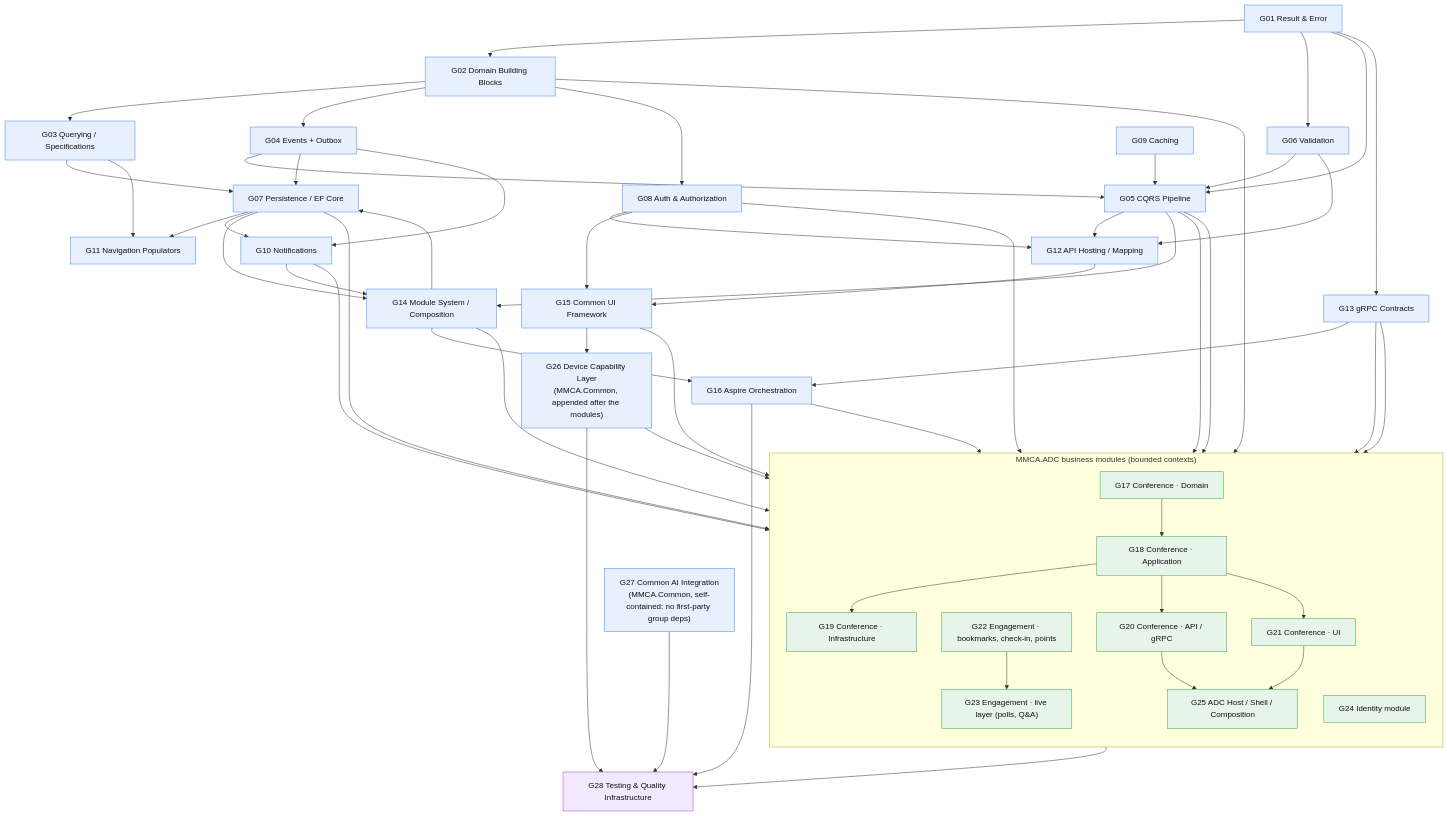
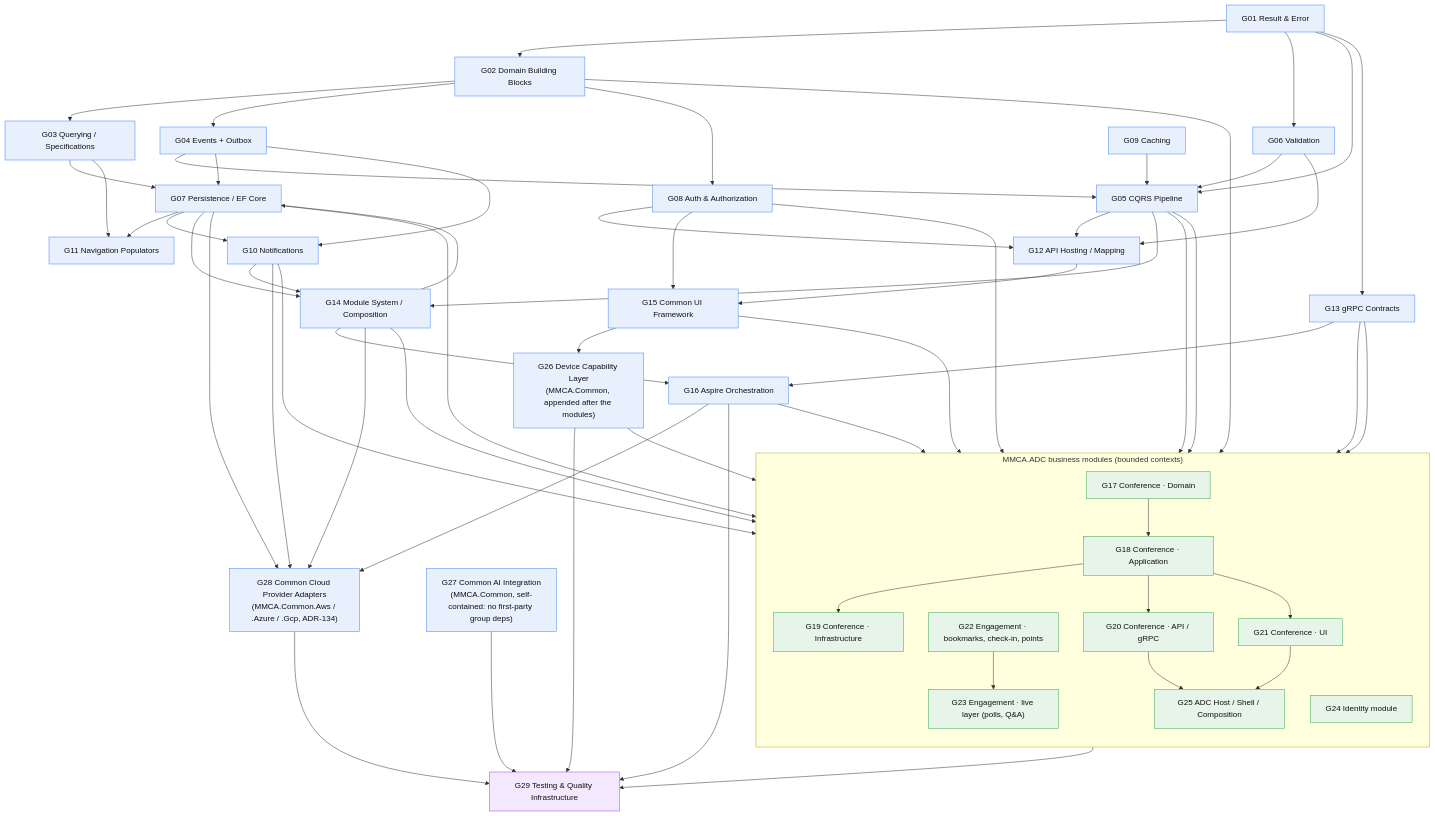
One commit to ivanball/ivanball.github.io changed the third of 15 diagrams in docs-src/onboarding/CONCEPT-MAPS.md. Above: the diagram before and after it, drawn with Mermaid. The commit also changed other lines of this file and 84 other files, not shown here.

First line of the commit message:
docs(onboarding): 2026-10-29 drift sweep + cloud provider adapters chapter (#289)

````diff
--- a/docs-src/onboarding/CONCEPT-MAPS.md
+++ b/docs-src/onboarding/CONCEPT-MAPS.md
@@ -180,7 +198,8 @@
 
     G26["G26 Device Capability Layer<br/>(MMCA.Common, appended after the modules)"]
     G27["G27 Common AI Integration<br/>(MMCA.Common, self-contained: no first-party group deps)"]
-    G28["G28 Testing &amp; Quality Infrastructure"]
+    G28["G28 Common Cloud Provider Adapters<br/>(MMCA.Common.Aws / .Azure / .Gcp, ADR-134)"]
+    G29["G29 Testing &amp; Quality Infrastructure"]
 
     %% framework backbone
     G01 --> G02 --> G03
@@ -234,16 +253,23 @@
     G21 --> G25
     G26 --> G25
 
+    %% vendor adapters implement the provider-neutral Common abstractions
+    G07 --> G28
+    G10 --> G28
+    G14 --> G28
+    G16 --> G28
+
     %% everything is tested
-    ADCMOD --> G28
-    G16 --> G28
-    G26 --> G28
-    G27 --> G28
+    ADCMOD --> G29
+    G16 --> G29
+    G26 --> G29
+    G27 --> G29
+    G28 --> G29
 
     classDef fw fill:#e8f0fe,stroke:#4285f4,color:#111
     classDef adc fill:#e6f4ea,stroke:#34a853,color:#111
     classDef test fill:#f3e8fd,stroke:#a142f4,color:#111
-    class G01,G02,G03,G04,G05,G06,G07,G08,G09,G10,G11,G12,G13,G14,G15,G16,G26,G27 fw
+    class G01,G02,G03,G04,G05,G06,G07,G08,G09,G10,G11,G12,G13,G14,G15,G16,G26,G27,G28 fw
     class G17,G18,G19,G20,G21,G22,G23,G24,G25 adc
-    class G28 test
+    class G29 test
 ```
````
